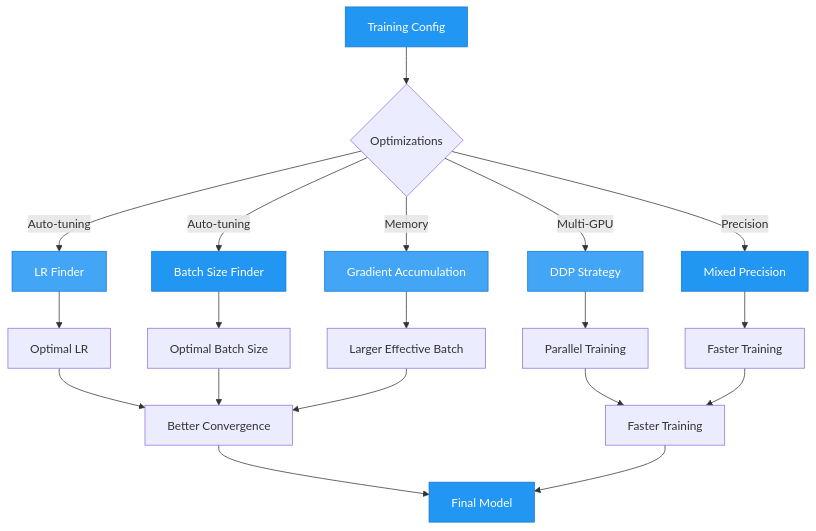
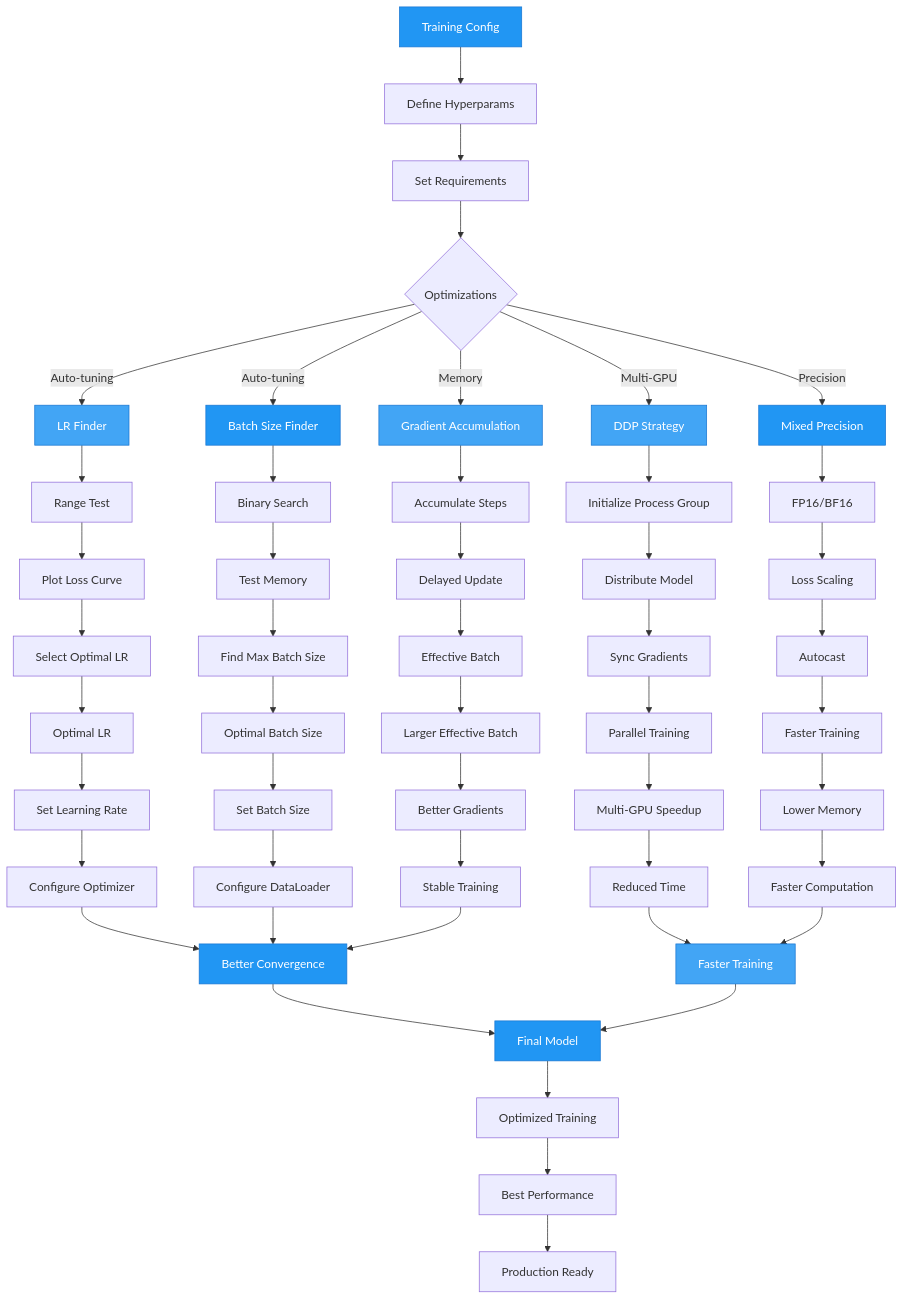
The diagram in docs/examples/utilities/training-utilities.md (theja-vanka/AutoTimm), drawn with Mermaid before and after one commit. The commit also changed 48 other files, not shown here.

````diff
--- a/docs/examples/utilities/training-utilities.md
+++ b/docs/examples/utilities/training-utilities.md
@@ -7,33 +7,75 @@
 ```mermaid
 graph TD
-    A[Training Config] --> B{Optimizations}
+    A[Training Config] --> A1[Define Hyperparams]
+    A1 --> A2[Set Requirements]
+    A2 --> B{Optimizations}
     
     B -->|Auto-tuning| C1[LR Finder]
+    C1 --> C1a[Range Test]
+    C1a --> C1b[Plot Loss Curve]
+    C1b --> C1c[Select Optimal LR]
+    
     B -->|Auto-tuning| C2[Batch Size Finder]
+    C2 --> C2a[Binary Search]
+    C2a --> C2b[Test Memory]
+    C2b --> C2c[Find Max Batch Size]
+    
     B -->|Multi-GPU| C3[DDP Strategy]
+    C3 --> C3a[Initialize Process Group]
+    C3a --> C3b[Distribute Model]
+    C3b --> C3c[Sync Gradients]
+    
     B -->|Precision| C4[Mixed Precision]
+    C4 --> C4a[FP16/BF16]
+    C4a --> C4b[Loss Scaling]
+    C4b --> C4c[Autocast]
+    
     B -->|Memory| C5[Gradient Accumulation]
+    C5 --> C5a[Accumulate Steps]
+    C5a --> C5b[Delayed Update]
+    C5b --> C5c[Effective Batch]
     
-    C1 --> D[Optimal LR]
-    C2 --> E[Optimal Batch Size]
-    C3 --> F[Parallel Training]
-    C4 --> G[Faster Training]
-    C5 --> H[Larger Effective Batch]
+    C1c --> D[Optimal LR]
+    D --> D1[Set Learning Rate]
+    D1 --> D2[Configure Optimizer]
     
-    D --> I[Better Convergence]
-    E --> I
-    F --> J[Faster Training]
-    G --> J
-    H --> I
+    C2c --> E[Optimal Batch Size]
+    E --> E1[Set Batch Size]
+    E1 --> E2[Configure DataLoader]
+    
+    C3c --> F[Parallel Training]
+    F --> F1[Multi-GPU Speedup]
+    F1 --> F2[Reduced Time]
+    
+    C4c --> G[Faster Training]
+    G --> G1[Lower Memory]
+    G1 --> G2[Faster Computation]
+    
+    C5c --> H[Larger Effective Batch]
+    H --> H1[Better Gradients]
+    H1 --> H2[Stable Training]
+    
+    D2 --> I[Better Convergence]
+    E2 --> I
+    H2 --> I
+    
+    F2 --> J[Faster Training]
+    G2 --> J
     
     I --> K[Final Model]
     J --> K
+    
+    K --> K1[Optimized Training]
+    K1 --> K2[Best Performance]
+    K2 --> K3[Production Ready]
     
     style A fill:#2196F3,stroke:#1976D2,color:#fff
     style C1 fill:#42A5F5,stroke:#1976D2,color:#fff
     style C2 fill:#2196F3,stroke:#1976D2,color:#fff
     style C3 fill:#42A5F5,stroke:#1976D2,color:#fff
     style C4 fill:#2196F3,stroke:#1976D2,color:#fff
     style C5 fill:#42A5F5,stroke:#1976D2,color:#fff
+    style I fill:#2196F3,stroke:#1976D2,color:#fff
+    style J fill:#42A5F5,stroke:#1976D2,color:#fff
     style K fill:#2196F3,stroke:#1976D2,color:#fff
 ```
````
